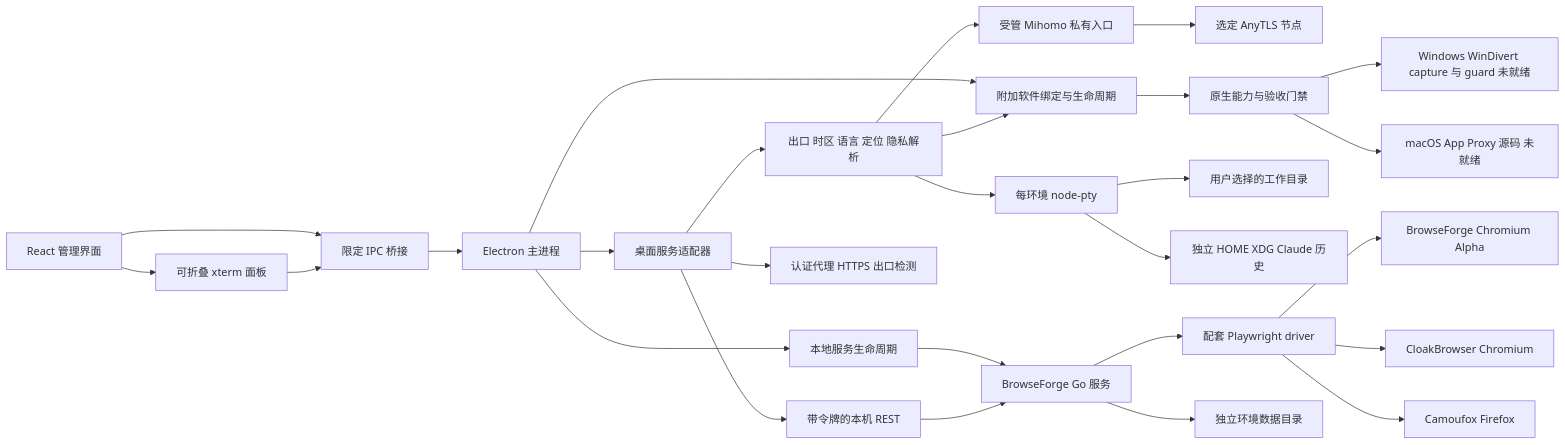
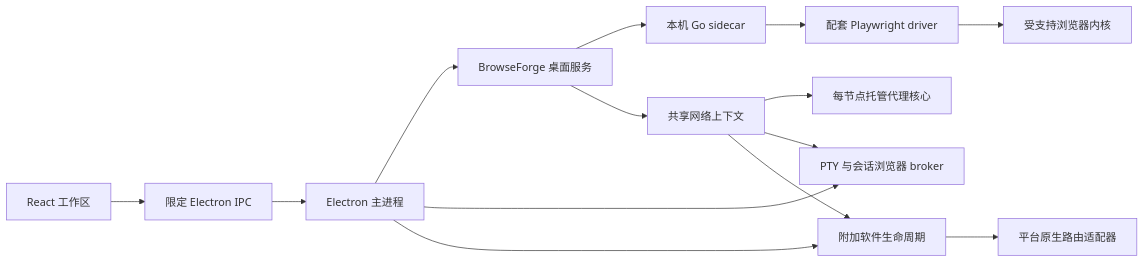
The diagram in docs/architecture.md (ink-scholar/Envara), drawn with Mermaid before and after one commit. The commit also changed other lines of this file and 475 other files, not shown here.

````diff
--- a/docs/architecture.md
+++ b/docs/architecture.md
@@ -5,29 +7,16 @@
-~~~mermaid
+```mermaid
 flowchart LR
-  UI[React 管理界面] --> Bridge[限定 IPC 桥接]
-  Bridge --> Main[Electron 主进程]
-  Main --> Adapter[桌面服务适配器]
-  Main --> Manager[本地服务生命周期]
-  Main --> Applications[附加软件绑定与生命周期]
-  Adapter --> Client[带令牌的本机 REST]
-  Adapter --> Network[认证代理 HTTPS 出口检测]
-  Adapter --> Context[出口 时区 语言 定位 隐私解析]
-  Context --> ProxyCore[受管 Mihomo 私有入口]
-  ProxyCore --> AnyTLS[选定 AnyTLS 节点]
-  Context --> Terminal[每环境 node-pty]
-  Context --> Applications
-  Applications --> NativeGuard[原生能力与验收门禁]
-  NativeGuard --> Mac[macOS App Proxy 源码 未就绪]
-  NativeGuard --> Windows[Windows WinDivert capture 与 guard 未就绪]
-  UI --> Xterm[可折叠 xterm 面板]
-  Xterm --> Bridge
-  Terminal --> CWD[用户选择的工作目录]
-  Terminal --> Config[独立 HOME XDG Claude 历史]
-  Manager --> Sidecar[BrowseForge Go 服务]
-  Client --> Sidecar
-  Sidecar --> Driver[配套 Playwright driver]
-  Driver --> Firefox[Camoufox Firefox]
-  Driver --> Cloak[CloakBrowser Chromium]
-  Driver --> Alpha[BrowseForge Chromium Alpha]
-  Sidecar --> Profiles[独立环境数据目录]
-~~~
+  UI[React 工作区] --> IPC[限定 Electron IPC]
+  IPC --> Main[Electron 主进程]
+  Main --> Browser[BrowseForge 桌面服务]
+  Main --> Terminal[PTY 与会话浏览器 broker]
+  Main --> Apps[附加软件生命周期]
+  Browser --> Backend[本机 Go sidecar]
+  Backend --> Driver[配套 Playwright driver]
+  Driver --> Engines[受支持浏览器内核]
+  Browser --> Context[共享网络上下文]
+  Context --> Core[每节点托管代理核心]
+  Context --> Terminal
+  Context --> Apps
+  Apps --> Adapter[平台原生路由适配器]
+```
````
